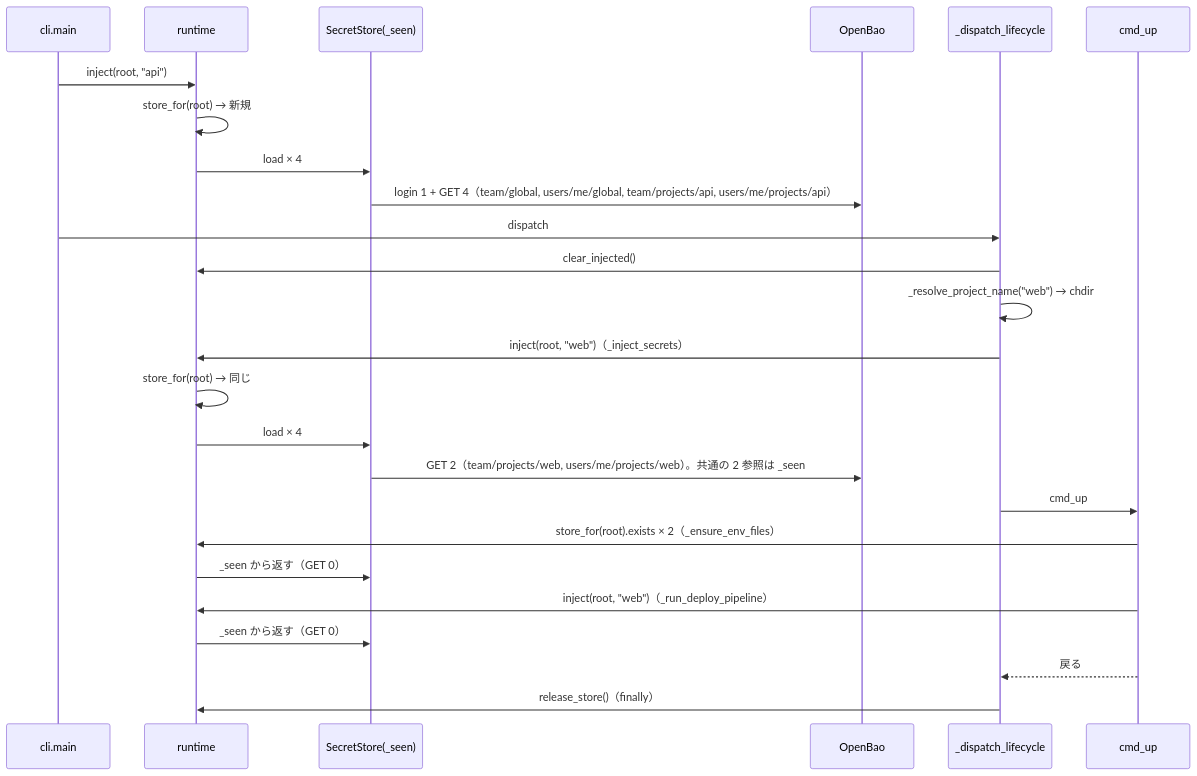
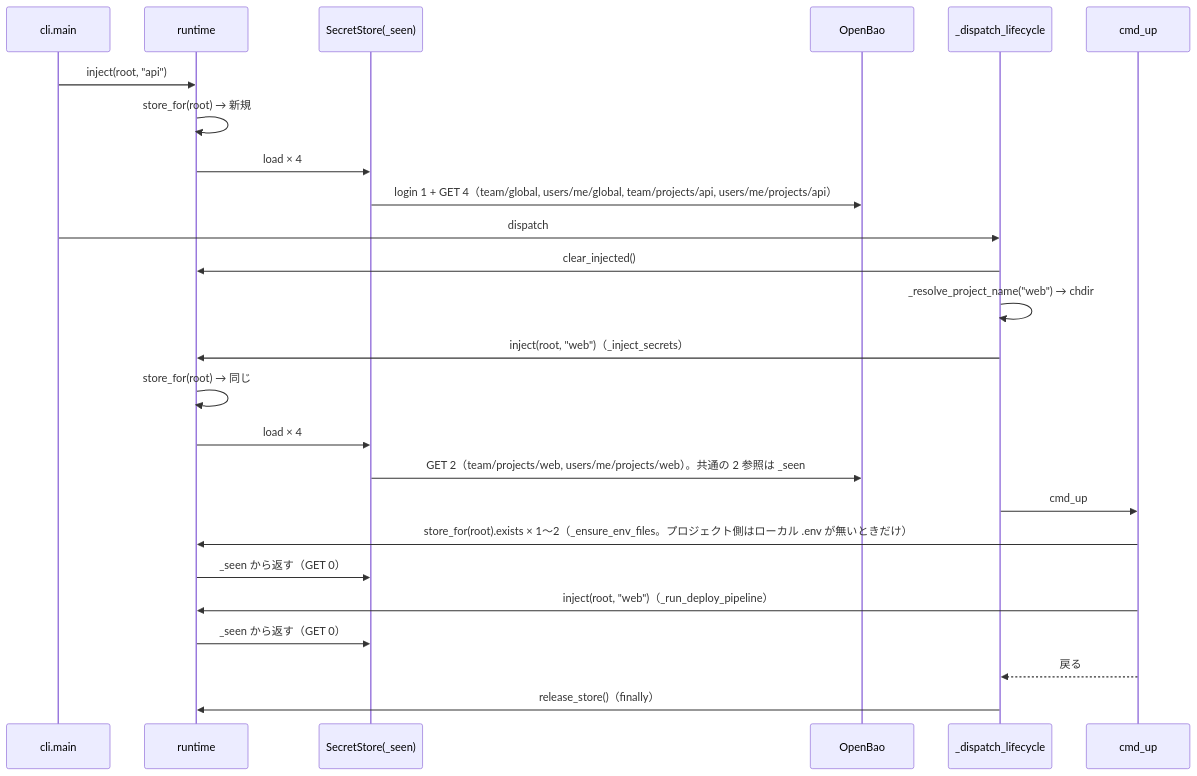
Before and after one commit to devbasex/devbase: the third of 3 diagrams in issues/PLAN55_up-single-injection-design.md, drawn with Mermaid. The commit also changed other lines of this file and 1 other file, not shown here.

First line of the commit message:
docs(PLAN55): env init の後に控えを捨てて読み直す規則（決定 5）と往復数の表の精度

````diff
--- a/issues/PLAN55_up-single-injection-design.md
+++ b/issues/PLAN55_up-single-injection-design.md
@@ -101,27 +103,27 @@
 ```mermaid
 sequenceDiagram
     participant CLI as cli.main
     participant RT as runtime
     participant ST as SecretStore(_seen)
     participant SRV as OpenBao
     participant DL as _dispatch_lifecycle
     participant UP as cmd_up
     CLI->>RT: inject(root, "api")
     RT->>RT: store_for(root) → 新規
     RT->>ST: load × 4
     ST->>SRV: login 1 + GET 4（team/global, users/me/global, team/projects/api, users/me/projects/api）
     CLI->>DL: dispatch
     DL->>RT: clear_injected()
     DL->>DL: _resolve_project_name("web") → chdir
     DL->>RT: inject(root, "web")（_inject_secrets）
     RT->>RT: store_for(root) → 同じ
     RT->>ST: load × 4
     ST->>SRV: GET 2（team/projects/web, users/me/projects/web）。共通の 2 参照は _seen
     DL->>UP: cmd_up
-    UP->>RT: store_for(root).exists × 2（_ensure_env_files）
+    UP->>RT: store_for(root).exists × 1〜2（_ensure_env_files。プロジェクト側はローカル .env が無いときだけ）
     RT->>ST: _seen から返す（GET 0）
     UP->>RT: inject(root, "web")（_run_deploy_pipeline）
     RT->>ST: _seen から返す（GET 0）
     UP-->>DL: 戻る
     DL->>RT: release_store()（finally）
 ```
````
